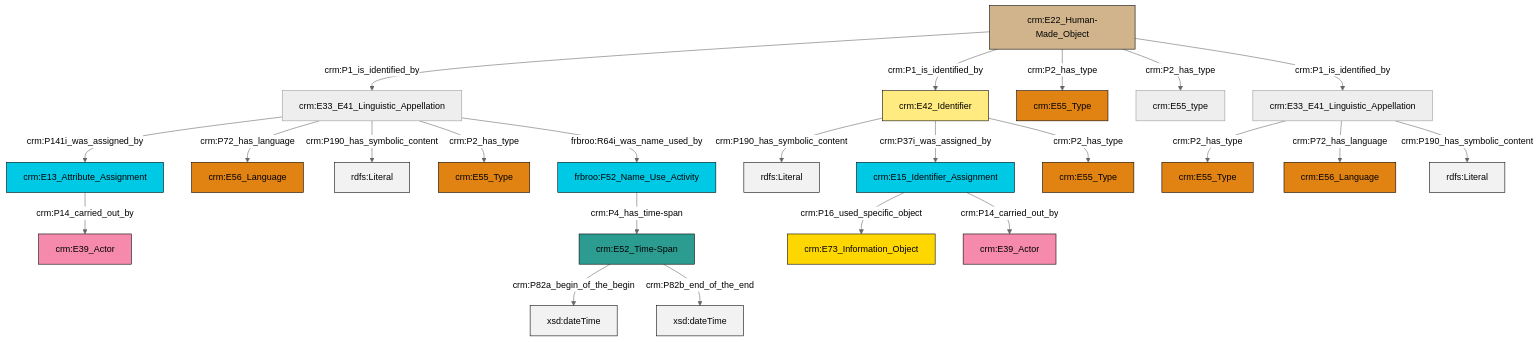
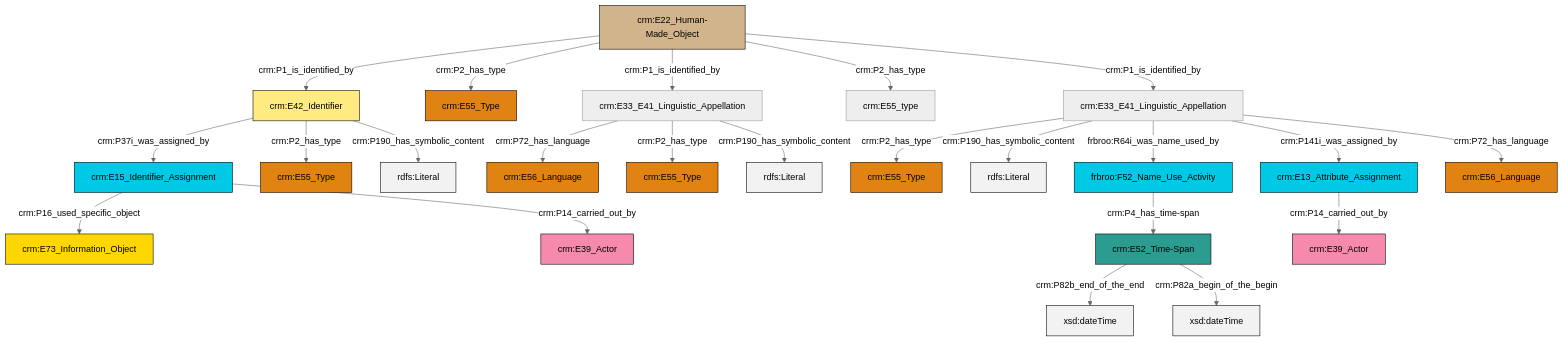
One commit to swiss-art-research-net/reference-data-models changed the diagram in et/artworkCSV/ttl/mmd/Artwork_Name.ttl.mmd. Above: the diagram before and after it, drawn with Mermaid (neutral theme). The commit also changed 127 other files, not shown here.

```diff
--- a/et/artworkCSV/ttl/mmd/Artwork_Name.ttl.mmd
+++ b/et/artworkCSV/ttl/mmd/Artwork_Name.ttl.mmd
@@ -1,37 +1,37 @@
 graph TD
 classDef Literal fill:#f2f2f2,stroke:#000000;
 classDef CRM_Entity fill:#FFFFFF,stroke:#000000;
 classDef Temporal_Entity fill:#00C9E6, stroke:#000000;
 classDef Type fill:#E18312, stroke:#000000;
 classDef Time-Span fill:#2C9C91, stroke:#000000;
 classDef Appellation fill:#FFEB7F, stroke:#000000;
 classDef Place fill:#008836, stroke:#000000;
 classDef Persistent_Item fill:#B266B2, stroke:#000000;
 classDef Conceptual_Object fill:#FFD700, stroke:#000000;
 classDef Physical_Thing fill:#D2B48C, stroke:#000000;
 classDef Actor fill:#f58aad, stroke:#000000;
 classDef PC_Classes fill:#4ce600, stroke:#000000;
 classDef Multi fill:#cccccc,stroke:#000000;
 
-0["crm:E33_E41_Linguistic_Appellation"]:::Default -->|crm:P141i_was_assigned_by| 1["crm:E13_Attribute_Assignment"]:::Temporal_Entity
-2["crm:E42_Identifier"]:::Appellation -->|crm:P190_has_symbolic_content| 3[rdfs:Literal]:::Literal
-1["crm:E13_Attribute_Assignment"]:::Temporal_Entity -->|crm:P14_carried_out_by| 4["crm:E39_Actor"]:::Actor
-8["crm:E52_Time-Span"]:::Time-Span -->|crm:P82a_begin_of_the_begin| 10[xsd:dateTime]:::Literal
-13["crm:E22_Human-Made_Object"]:::Physical_Thing -->|crm:P1_is_identified_by| 0["crm:E33_E41_Linguistic_Appellation"]:::Default
-13["crm:E22_Human-Made_Object"]:::Physical_Thing -->|crm:P1_is_identified_by| 2["crm:E42_Identifier"]:::Appellation
-14["crm:E15_Identifier_Assignment"]:::Temporal_Entity -->|crm:P16_used_specific_object| 15["crm:E73_Information_Object"]:::Conceptual_Object
-18["crm:E33_E41_Linguistic_Appellation"]:::Default -->|crm:P2_has_type| 11["crm:E55_Type"]:::Type
-2["crm:E42_Identifier"]:::Appellation -->|crm:P37i_was_assigned_by| 14["crm:E15_Identifier_Assignment"]:::Temporal_Entity
-2["crm:E42_Identifier"]:::Appellation -->|crm:P2_has_type| 21["crm:E55_Type"]:::Type
-18["crm:E33_E41_Linguistic_Appellation"]:::Default -->|crm:P72_has_language| 24["crm:E56_Language"]:::Type
-14["crm:E15_Identifier_Assignment"]:::Temporal_Entity -->|crm:P14_carried_out_by| 6["crm:E39_Actor"]:::Actor
-13["crm:E22_Human-Made_Object"]:::Physical_Thing -->|crm:P2_has_type| 19["crm:E55_Type"]:::Type
-18["crm:E33_E41_Linguistic_Appellation"]:::Default -->|crm:P190_has_symbolic_content| 28[rdfs:Literal]:::Literal
-0["crm:E33_E41_Linguistic_Appellation"]:::Default -->|crm:P72_has_language| 30["crm:E56_Language"]:::Type
-0["crm:E33_E41_Linguistic_Appellation"]:::Default -->|crm:P190_has_symbolic_content| 31[rdfs:Literal]:::Literal
-0["crm:E33_E41_Linguistic_Appellation"]:::Default -->|crm:P2_has_type| 34["crm:E55_Type"]:::Type
-8["crm:E52_Time-Span"]:::Time-Span -->|crm:P82b_end_of_the_end| 36[xsd:dateTime]:::Literal
-0["crm:E33_E41_Linguistic_Appellation"]:::Default -->|frbroo:R64i_was_name_used_by| 16["frbroo:F52_Name_Use_Activity"]:::Temporal_Entity
-13["crm:E22_Human-Made_Object"]:::Physical_Thing -->|crm:P2_has_type| 37["crm:E55_type"]:::Default
-13["crm:E22_Human-Made_Object"]:::Physical_Thing -->|crm:P1_is_identified_by| 18["crm:E33_E41_Linguistic_Appellation"]:::Default
-16["frbroo:F52_Name_Use_Activity"]:::Temporal_Entity -->|crm:P4_has_time-span| 8["crm:E52_Time-Span"]:::Time-Span
+0["frbroo:F52_Name_Use_Activity"]:::Temporal_Entity -->|crm:P4_has_time-span| 1["crm:E52_Time-Span"]:::Time-Span
+1["crm:E52_Time-Span"]:::Time-Span -->|crm:P82b_end_of_the_end| 2[xsd:dateTime]:::Literal
+1["crm:E52_Time-Span"]:::Time-Span -->|crm:P82a_begin_of_the_begin| 3[xsd:dateTime]:::Literal
+4["crm:E22_Human-Made_Object"]:::Physical_Thing -->|crm:P1_is_identified_by| 5["crm:E42_Identifier"]:::Appellation
+8["crm:E33_E41_Linguistic_Appellation"]:::Default -->|crm:P72_has_language| 9["crm:E56_Language"]:::Type
+10["crm:E33_E41_Linguistic_Appellation"]:::Default -->|crm:P2_has_type| 11["crm:E55_Type"]:::Type
+8["crm:E33_E41_Linguistic_Appellation"]:::Default -->|crm:P2_has_type| 12["crm:E55_Type"]:::Type
+5["crm:E42_Identifier"]:::Appellation -->|crm:P37i_was_assigned_by| 6["crm:E15_Identifier_Assignment"]:::Temporal_Entity
+4["crm:E22_Human-Made_Object"]:::Physical_Thing -->|crm:P2_has_type| 20["crm:E55_Type"]:::Type
+5["crm:E42_Identifier"]:::Appellation -->|crm:P2_has_type| 24["crm:E55_Type"]:::Type
+4["crm:E22_Human-Made_Object"]:::Physical_Thing -->|crm:P1_is_identified_by| 8["crm:E33_E41_Linguistic_Appellation"]:::Default
+22["crm:E13_Attribute_Assignment"]:::Temporal_Entity -->|crm:P14_carried_out_by| 27["crm:E39_Actor"]:::Actor
+8["crm:E33_E41_Linguistic_Appellation"]:::Default -->|crm:P190_has_symbolic_content| 30[rdfs:Literal]:::Literal
+4["crm:E22_Human-Made_Object"]:::Physical_Thing -->|crm:P2_has_type| 15["crm:E55_type"]:::Default
+10["crm:E33_E41_Linguistic_Appellation"]:::Default -->|crm:P190_has_symbolic_content| 35[rdfs:Literal]:::Literal
+6["crm:E15_Identifier_Assignment"]:::Temporal_Entity -->|crm:P16_used_specific_object| 33["crm:E73_Information_Object"]:::Conceptual_Object
+10["crm:E33_E41_Linguistic_Appellation"]:::Default -->|frbroo:R64i_was_name_used_by| 0["frbroo:F52_Name_Use_Activity"]:::Temporal_Entity
+10["crm:E33_E41_Linguistic_Appellation"]:::Default -->|crm:P141i_was_assigned_by| 22["crm:E13_Attribute_Assignment"]:::Temporal_Entity
+5["crm:E42_Identifier"]:::Appellation -->|crm:P190_has_symbolic_content| 37[rdfs:Literal]:::Literal
+4["crm:E22_Human-Made_Object"]:::Physical_Thing -->|crm:P1_is_identified_by| 10["crm:E33_E41_Linguistic_Appellation"]:::Default
+10["crm:E33_E41_Linguistic_Appellation"]:::Default -->|crm:P72_has_language| 17["crm:E56_Language"]:::Type
+6["crm:E15_Identifier_Assignment"]:::Temporal_Entity -->|crm:P14_carried_out_by| 39["crm:E39_Actor"]:::Actor
```
